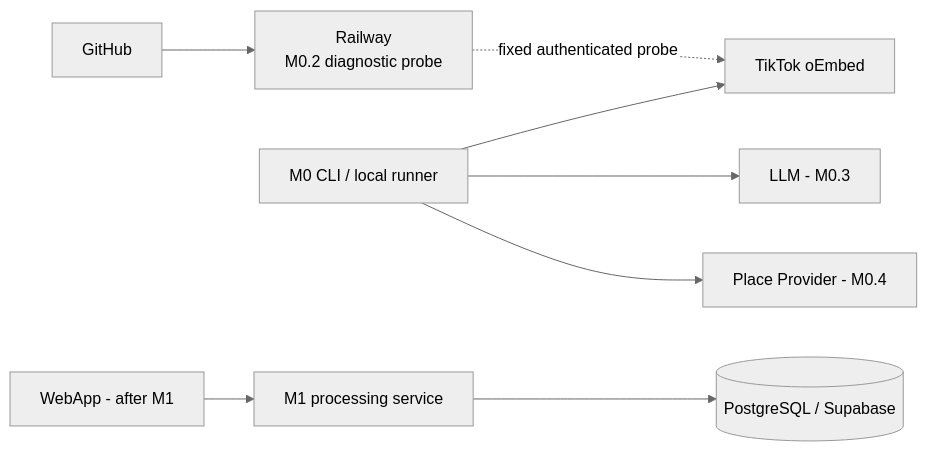
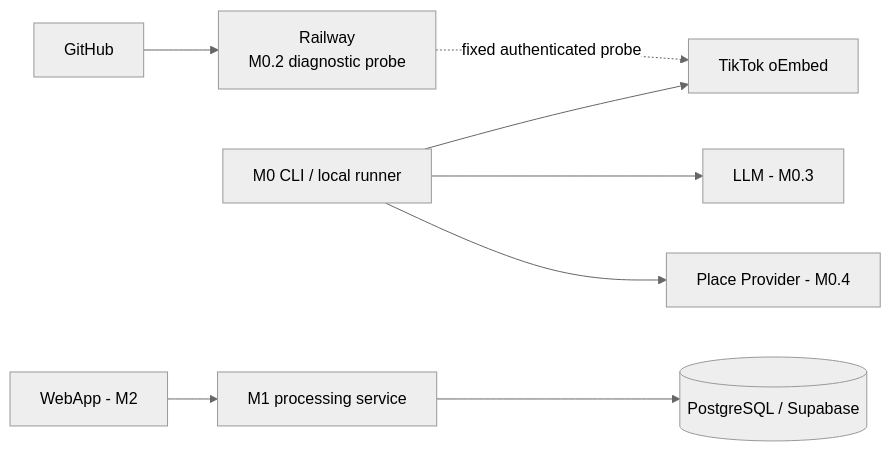
Before and after one commit to Viniciuscarvalho/SavePlace: the seventh of 8 diagrams in README.md, drawn with Mermaid (neutral theme). The commit also changed other lines of this file and 23 other files, not shown here.

````diff
--- a/README.md
+++ b/README.md
@@ -299,10 +299,10 @@
 ```mermaid
 flowchart LR
     GH[GitHub] --> R[Railway<br/>M0.2 diagnostic probe]
     R -. fixed authenticated probe .-> T[TikTok oEmbed]
     CLI[M0 CLI / local runner] --> T
     CLI --> AI[LLM - M0.3]
     CLI --> P[Place Provider - M0.4]
     API[M1 processing service] --> DB[(PostgreSQL / Supabase)]
-    W[WebApp - after M1] --> API
+    W[WebApp - M2] --> API
 ```
````
